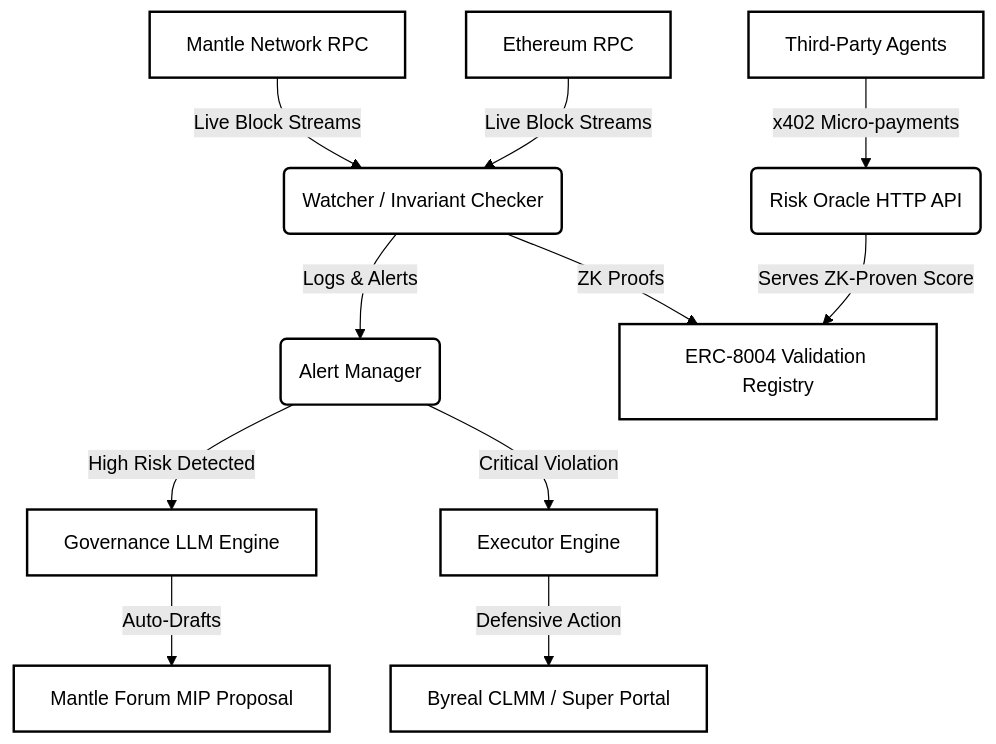
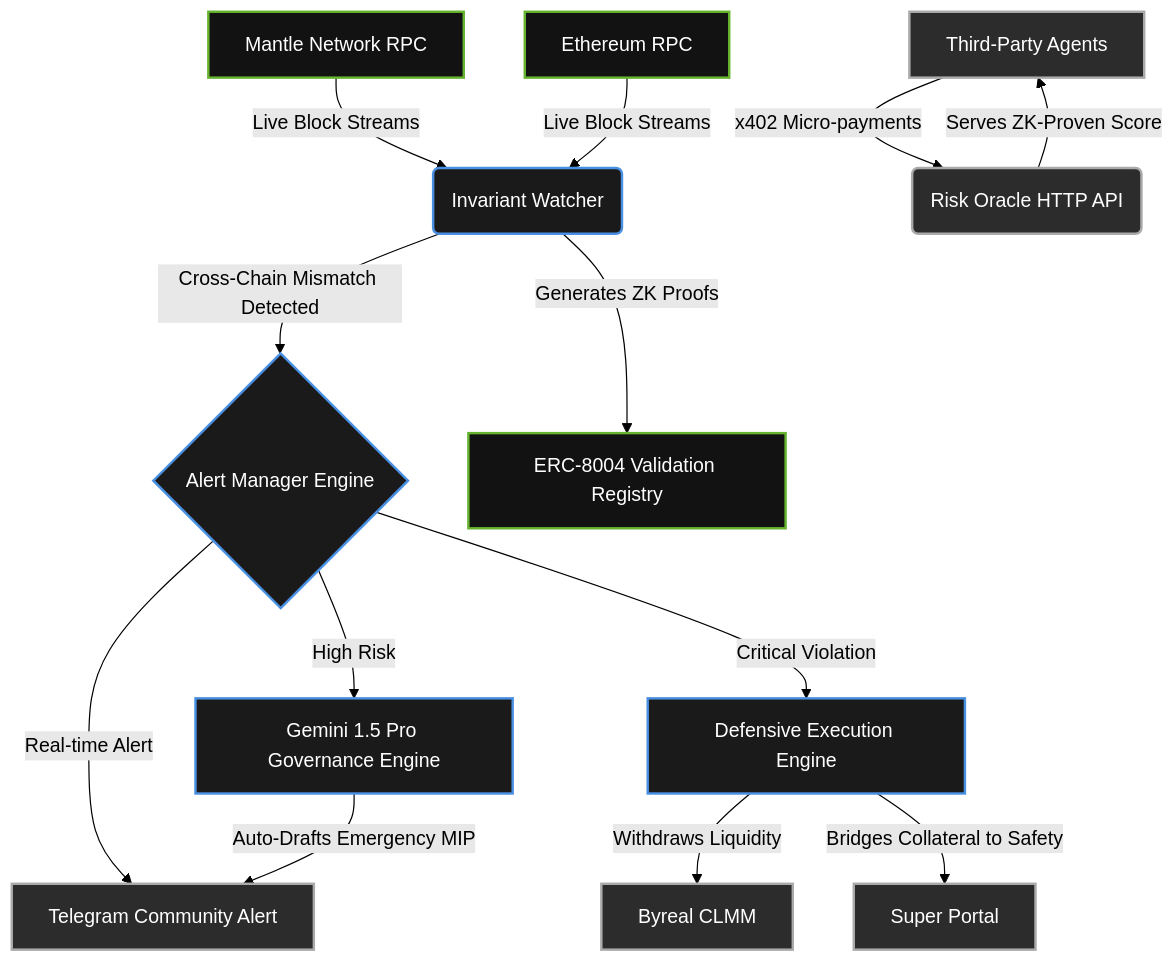
The first of 2 diagrams in README.md (Lakshmikanth-3/mantle), drawn with Mermaid (forest theme) before and after one commit. The commit also changed other lines of this file and 4 other files, not shown here.

Commit message:
docs: overhaul README and simplify architecture to use Telegram native alerts

````diff
--- a/README.md
+++ b/README.md
@@ -27,20 +19,27 @@
 ```mermaid
 graph TD
-    classDef default fill:#ffffff,stroke:#000000,stroke-width:2px,color:#000000;
+    classDef mantle fill:#121212,stroke:#65b32e,stroke-width:2px,color:#ffffff;
+    classDef core fill:#1a1a1a,stroke:#4a90e2,stroke-width:2px,color:#ffffff;
+    classDef external fill:#2c2c2c,stroke:#aaaaaa,stroke-width:2px,color:#ffffff;
     
-    A[Mantle Network RPC] -->|Live Block Streams| B(Watcher / Invariant Checker)
+    A[Mantle Network RPC] -->|Live Block Streams| B(Invariant Watcher)
     A2[Ethereum RPC] -->|Live Block Streams| B
-    B -->|Logs & Alerts| C(Alert Manager)
     
-    C -->|High Risk Detected| D[Governance LLM Engine]
-    C -->|Critical Violation| E[Executor Engine]
+    B -->|Cross-Chain Mismatch Detected| C{Alert Manager Engine}
     
-    D -->|Auto-Drafts| F[Mantle Forum MIP Proposal]
-    E -->|Defensive Action| G[Byreal CLMM / Super Portal]
+    C -->|High Risk| D[Gemini 1.5 Pro Governance Engine]
+    C -->|Critical Violation| E[Defensive Execution Engine]
+    C -->|Real-time Alert| T[Telegram Community Alert]
     
-    B -->|ZK Proofs| H[ERC-8004 Validation Registry]
+    D -->|Auto-Drafts Emergency MIP| T
+    E -->|Withdraws Liquidity| G[Byreal CLMM]
+    E -->|Bridges Collateral to Safety| G2[Super Portal]
+    
+    B -->|Generates ZK Proofs| H[ERC-8004 Validation Registry]
     I[Third-Party Agents] -->|x402 Micro-payments| J(Risk Oracle HTTP API)
-    J -->|Serves ZK-Proven Score| H
+    J -->|Serves ZK-Proven Score| I
     
-    class A,A2,B,C,D,E,F,G,H,I,J default;
+    class A,A2,H mantle;
+    class B,C,D,E core;
+    class G,G2,T,I,J external;
 ```
````
